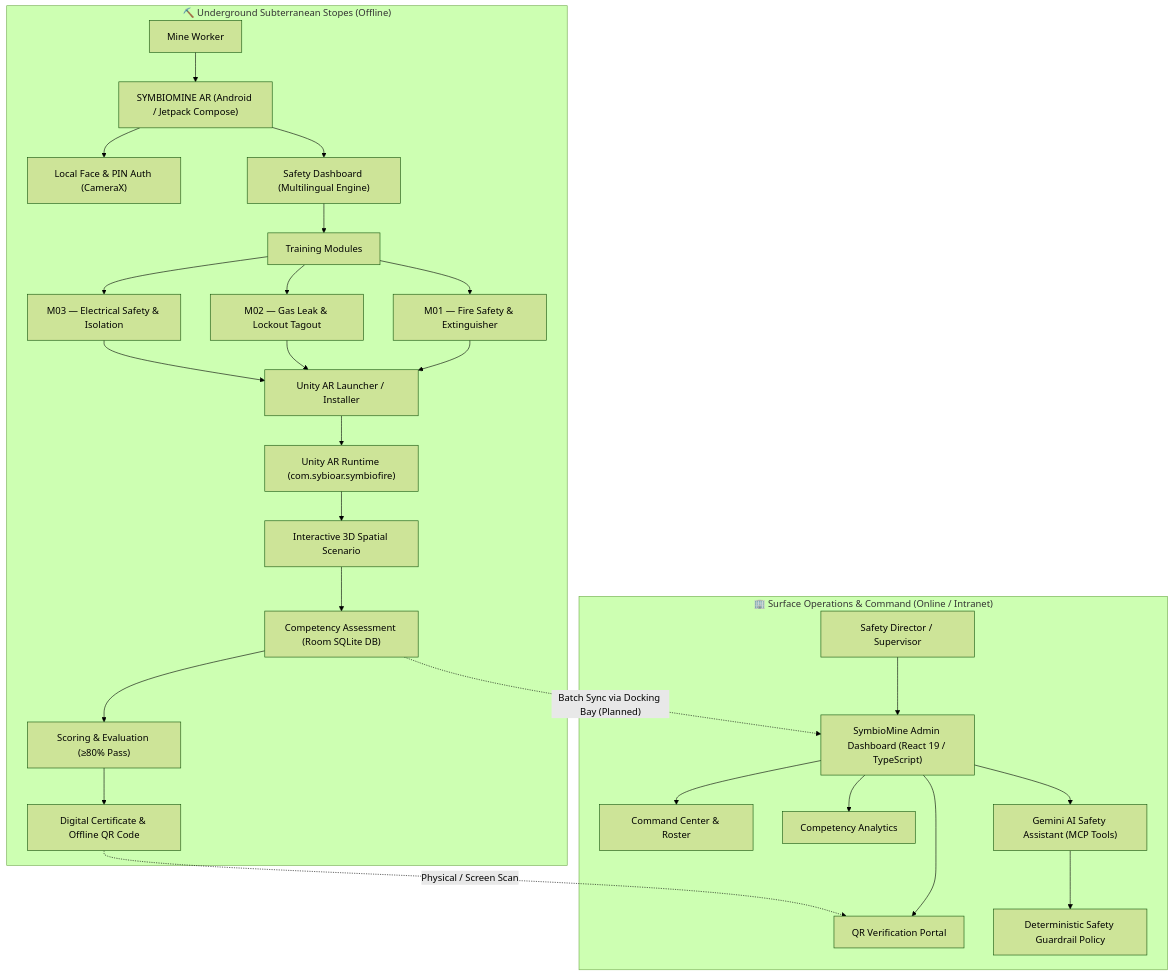
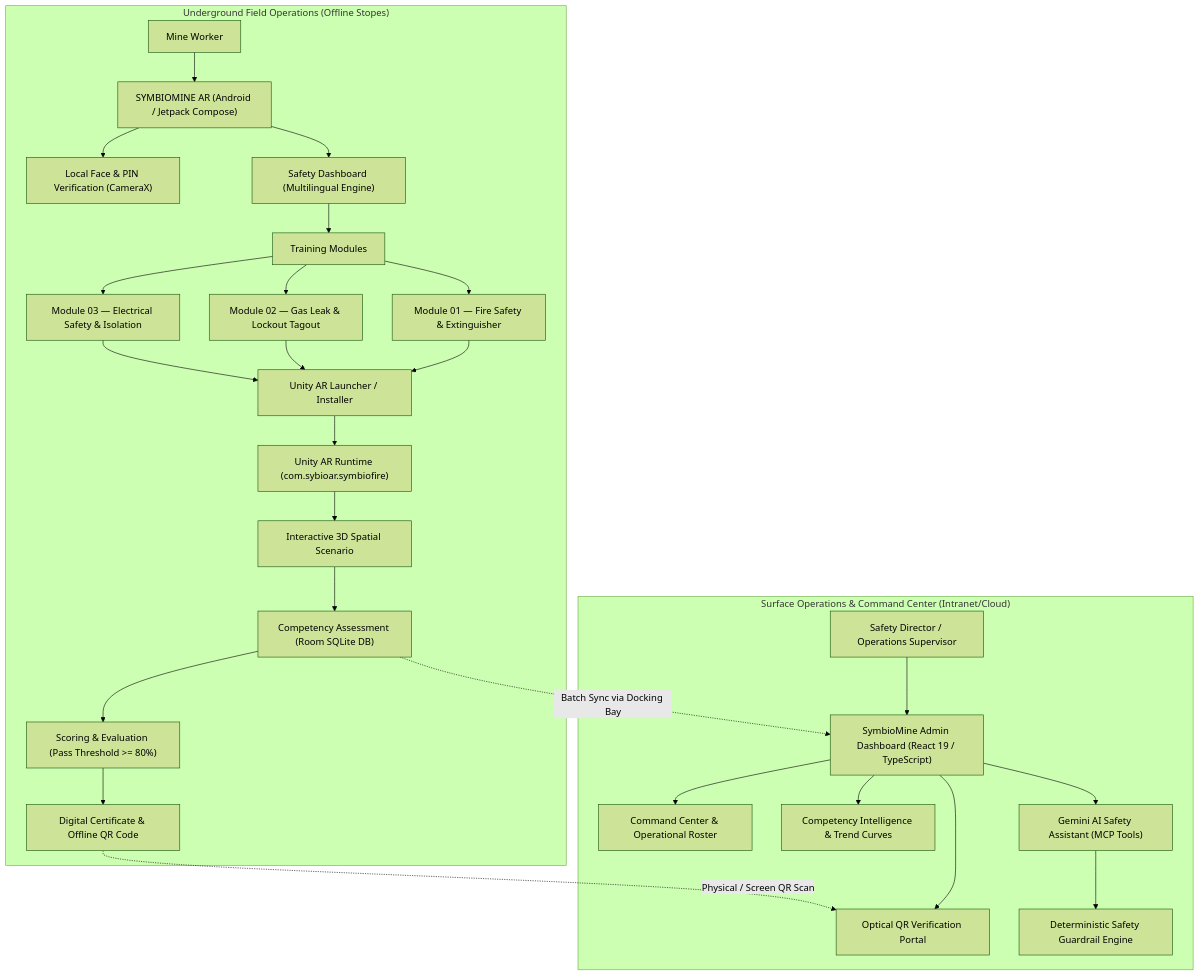
One commit to SriDesiyan/SYMBIOMINE changed the first of 3 diagrams in README.md. Above: the diagram before and after it, drawn with Mermaid (forest theme). The commit also changed other lines of this file and 8 other files, not shown here.

Commit message:
docs: integrate electrical safety AR screenshots and adopt professional enterprise styling

````diff
--- a/README.md
+++ b/README.md
@@ -128,36 +128,36 @@
 ```mermaid
 flowchart TD
-    subgraph FIELD["⛏️ Underground Subterranean Stopes (Offline)"]
+    subgraph FIELD["Underground Field Operations (Offline Stopes)"]
         WORKER["Mine Worker"] --> APP["SYMBIOMINE AR (Android / Jetpack Compose)"]
-        APP --> AUTH["Local Face & PIN Auth (CameraX)"]
+        APP --> AUTH["Local Face & PIN Verification (CameraX)"]
         APP --> DASH["Safety Dashboard (Multilingual Engine)"]
         DASH --> MODULES["Training Modules"]
         
-        MODULES --> M01["M01 — Fire Safety & Extinguisher"]
-        MODULES --> M02["M02 — Gas Leak & Lockout Tagout"]
-        MODULES --> M03["M03 — Electrical Safety & Isolation"]
+        MODULES --> M01["Module 01 — Fire Safety & Extinguisher"]
+        MODULES --> M02["Module 02 — Gas Leak & Lockout Tagout"]
+        MODULES --> M03["Module 03 — Electrical Safety & Isolation"]
         
         M01 --> LAUNCHER["Unity AR Launcher / Installer"]
         M02 --> LAUNCHER
         M03 --> LAUNCHER
         
         LAUNCHER --> UNITY["Unity AR Runtime (com.sybioar.symbiofire)"]
         UNITY --> SIM["Interactive 3D Spatial Scenario"]
         
         SIM --> ASSESS["Competency Assessment (Room SQLite DB)"]
-        ASSESS --> EVAL["Scoring & Evaluation (≥80% Pass)"]
+        ASSESS --> EVAL["Scoring & Evaluation (Pass Threshold >= 80%)"]
         EVAL --> CERT["Digital Certificate & Offline QR Code"]
     end
 
-    subgraph SURFACE["🏢 Surface Operations & Command (Online / Intranet)"]
-        ADMIN["Safety Director / Supervisor"] --> WEB["SymbioMine Admin Dashboard (React 19 / TypeScript)"]
-        WEB --> CMD["Command Center & Roster"]
-        WEB --> ANALYTICS["Competency Analytics"]
-        WEB --> SCAN["QR Verification Portal"]
+    subgraph SURFACE["Surface Operations & Command Center (Intranet/Cloud)"]
+        ADMIN["Safety Director / Operations Supervisor"] --> WEB["SymbioMine Admin Dashboard (React 19 / TypeScript)"]
+        WEB --> CMD["Command Center & Operational Roster"]
+        WEB --> ANALYTICS["Competency Intelligence & Trend Curves"]
+        WEB --> SCAN["Optical QR Verification Portal"]
         WEB --> AI["Gemini AI Safety Assistant (MCP Tools)"]
-        AI --> GUARD["Deterministic Safety Guardrail Policy"]
+        AI --> GUARD["Deterministic Safety Guardrail Engine"]
     end
 
-    CERT -.->|"Physical / Screen Scan"| SCAN
-    ASSESS -.->|"Batch Sync via Docking Bay (Planned)"| WEB
+    CERT -.->|"Physical / Screen QR Scan"| SCAN
+    ASSESS -.->|"Batch Sync via Docking Bay"| WEB
 ```
````
